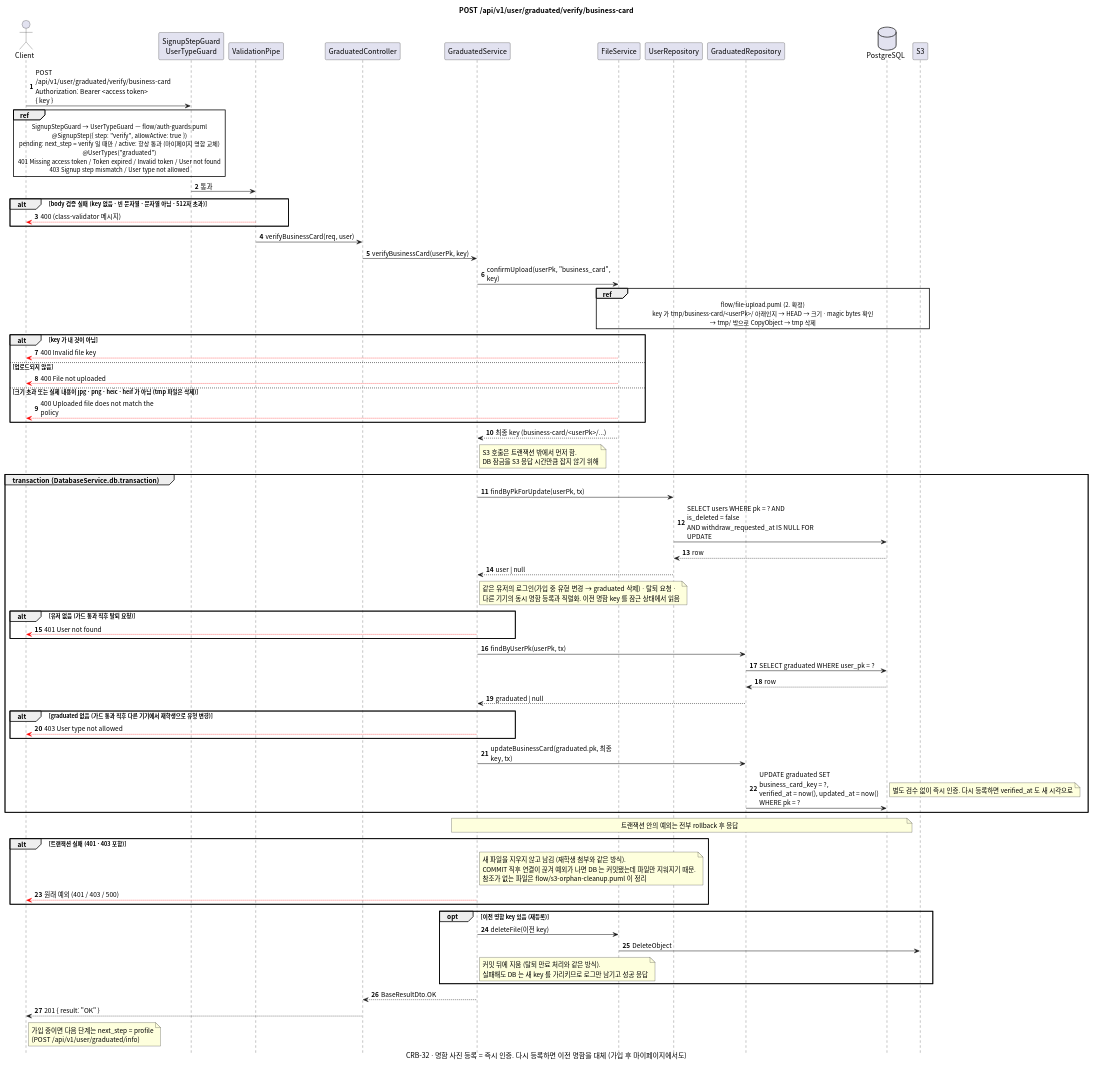
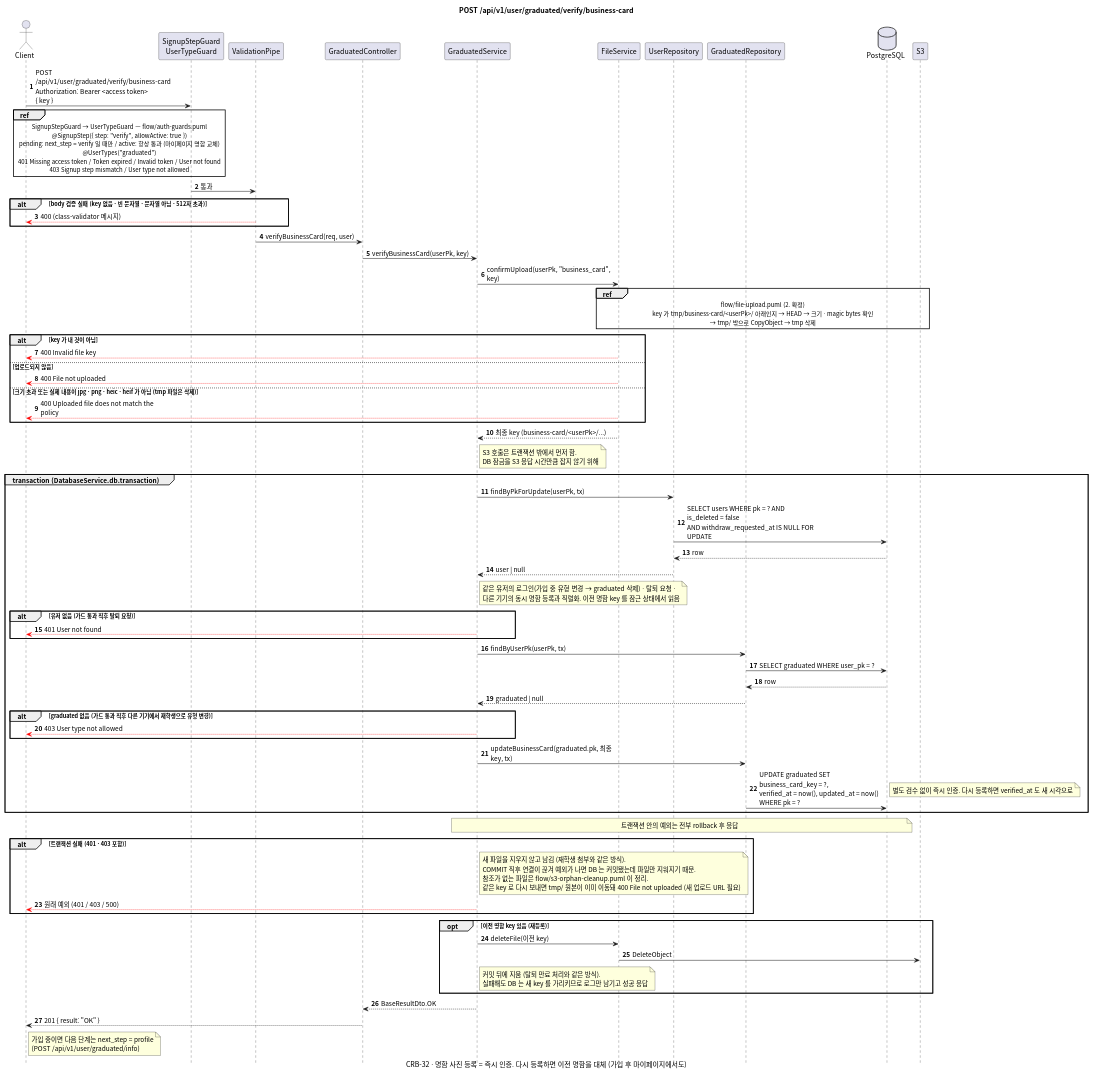
One commit to gsainfoteam/cheers-be changed the diagram in docs/sequence/graduated/post-verify-business-card.puml. Above: the diagram before and after it, drawn with PlantUML. The commit also changed 6 other files, not shown here.

Commit message:
- bug: stop orphan cleanup on suspicious scans and limit deletes per run (CRB-41)

```diff
--- a/docs/sequence/graduated/post-verify-business-card.puml
+++ b/docs/sequence/graduated/post-verify-business-card.puml
@@ -1,114 +1,115 @@
 @startuml post-verify-business-card
 skinparam defaultFontName "Apple SD Gothic Neo", "Noto Sans CJK KR", sans-serif
 skinparam responseMessageBelowArrow true
 skinparam sequenceMessageAlign left
 skinparam maxMessageSize 260
 skinparam BoxPadding 8
 skinparam shadowing false
 autonumber
 hide footbox
 
 title POST /api/v1/user/graduated/verify/business-card
 caption CRB-32 · 명함 사진 등록 = 즉시 인증. 다시 등록하면 이전 명함을 대체 (가입 후 마이페이지에서도)
 
 actor Client
 participant "SignupStepGuard\nUserTypeGuard" as Guard
 participant "ValidationPipe" as Pipe
 participant "GraduatedController" as Controller
 participant "GraduatedService" as Service
 participant "FileService" as FileService
 participant "UserRepository" as UserRepository
 participant "GraduatedRepository" as GraduatedRepository
 database PostgreSQL
 participant "S3"
 
 Client -> Guard: POST /api/v1/user/graduated/verify/business-card\nAuthorization: Bearer <access token>\n{ key }
 ref over Client, Guard
   SignupStepGuard → UserTypeGuard — flow/auth-guards.puml
   @SignupStep({ step: "verify", allowActive: true })
   pending: next_step = verify 일 때만 / active: 항상 통과 (마이페이지 명함 교체)
   @UserTypes("graduated")
   401 Missing access token / Token expired / Invalid token / User not found
   403 Signup step mismatch / User type not allowed
 end ref
 Guard -> Pipe: 통과
 alt body 검증 실패 (key 없음 · 빈 문자열 · 문자열 아님 · 512자 초과)
   Pipe -[#red]-> Client: 400 (class-validator 메시지)
 end
 Pipe -> Controller: verifyBusinessCard(req, user)
 Controller -> Service: verifyBusinessCard(userPk, key)
 
 Service -> FileService: confirmUpload(userPk, "business_card", key)
 ref over FileService, S3
   flow/file-upload.puml (2. 확정)
   key 가 tmp/business-card/<userPk>/ 아래인지 → HEAD → 크기 · magic bytes 확인
   → tmp/ 밖으로 CopyObject → tmp 삭제
 end ref
 alt key 가 내 것이 아님
   FileService -[#red]-> Client: 400 Invalid file key
 else 업로드되지 않음
   FileService -[#red]-> Client: 400 File not uploaded
 else 크기 초과 또는 실제 내용이 jpg · png · heic · heif 가 아님 (tmp 파일은 삭제)
   FileService -[#red]-> Client: 400 Uploaded file does not match the policy
 end
 FileService --> Service: 최종 key (business-card/<userPk>/...)
 note right of Service
   S3 호출은 트랜잭션 밖에서 먼저 함.
   DB 잠금을 S3 응답 시간만큼 잡지 않기 위해
 end note
 
 group transaction (DatabaseService.db.transaction)
   Service -> UserRepository: findByPkForUpdate(userPk, tx)
   UserRepository -> PostgreSQL: SELECT users WHERE pk = ? AND is_deleted = false\nAND withdraw_requested_at IS NULL FOR UPDATE
   PostgreSQL --> UserRepository: row
   UserRepository --> Service: user | null
   note right of Service
     같은 유저의 로그인(가입 중 유형 변경 → graduated 삭제) · 탈퇴 요청 ·
     다른 기기의 동시 명함 등록과 직렬화. 이전 명함 key 를 잠근 상태에서 읽음
   end note
   alt 유저 없음 (가드 통과 직후 탈퇴 요청)
     Service -[#red]-> Client: 401 User not found
   end
 
   Service -> GraduatedRepository: findByUserPk(userPk, tx)
   GraduatedRepository -> PostgreSQL: SELECT graduated WHERE user_pk = ?
   PostgreSQL --> GraduatedRepository: row
   GraduatedRepository --> Service: graduated | null
   alt graduated 없음 (가드 통과 직후 다른 기기에서 재학생으로 유형 변경)
     Service -[#red]-> Client: 403 User type not allowed
   end
 
   Service -> GraduatedRepository: updateBusinessCard(graduated.pk, 최종 key, tx)
   GraduatedRepository -> PostgreSQL: UPDATE graduated SET business_card_key = ?,\nverified_at = now(), updated_at = now() WHERE pk = ?
   note right
     별도 검수 없이 즉시 인증. 다시 등록하면 verified_at 도 새 시각으로
   end note
 end
 note over Service, PostgreSQL: 트랜잭션 안의 예외는 전부 rollback 후 응답
 
 alt 트랜잭션 실패 (401 · 403 포함)
   note right of Service
     새 파일을 지우지 않고 남김 (재학생 첨부와 같은 방식).
     COMMIT 직후 연결이 끊겨 예외가 나면 DB 는 커밋됐는데 파일만 지워지기 때문.
-    참조가 없는 파일은 flow/s3-orphan-cleanup.puml 이 정리
+    참조가 없는 파일은 flow/s3-orphan-cleanup.puml 이 정리.
+    같은 key 로 다시 보내면 tmp/ 원본이 이미 이동돼 400 File not uploaded (새 업로드 URL 필요)
   end note
   Service -[#red]-> Client: 원래 예외 (401 / 403 / 500)
 end
 
 opt 이전 명함 key 있음 (재등록)
   Service -> FileService: deleteFile(이전 key)
   FileService -> S3: DeleteObject
   note right of Service
     커밋 뒤에 지움 (탈퇴 만료 처리와 같은 방식).
     실패해도 DB 는 새 key 를 가리키므로 로그만 남기고 성공 응답
   end note
 end
 
 Service --> Controller: BaseResultDto.OK
 Controller --> Client: 201 { result: "OK" }
 note right of Client
   가입 중이면 다음 단계는 next_step = profile
   (POST /api/v1/user/graduated/info)
 end note
 
 @enduml
```
